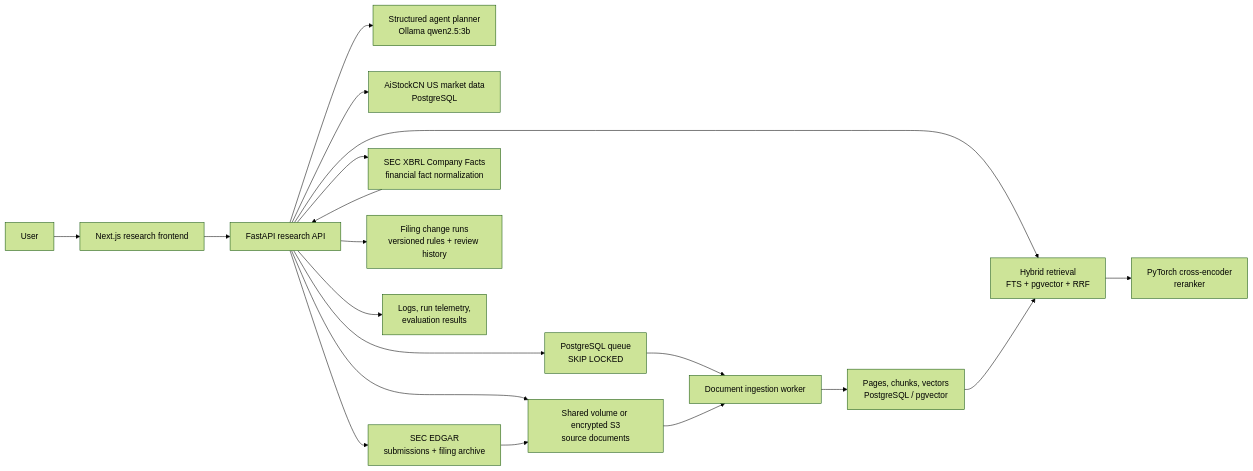
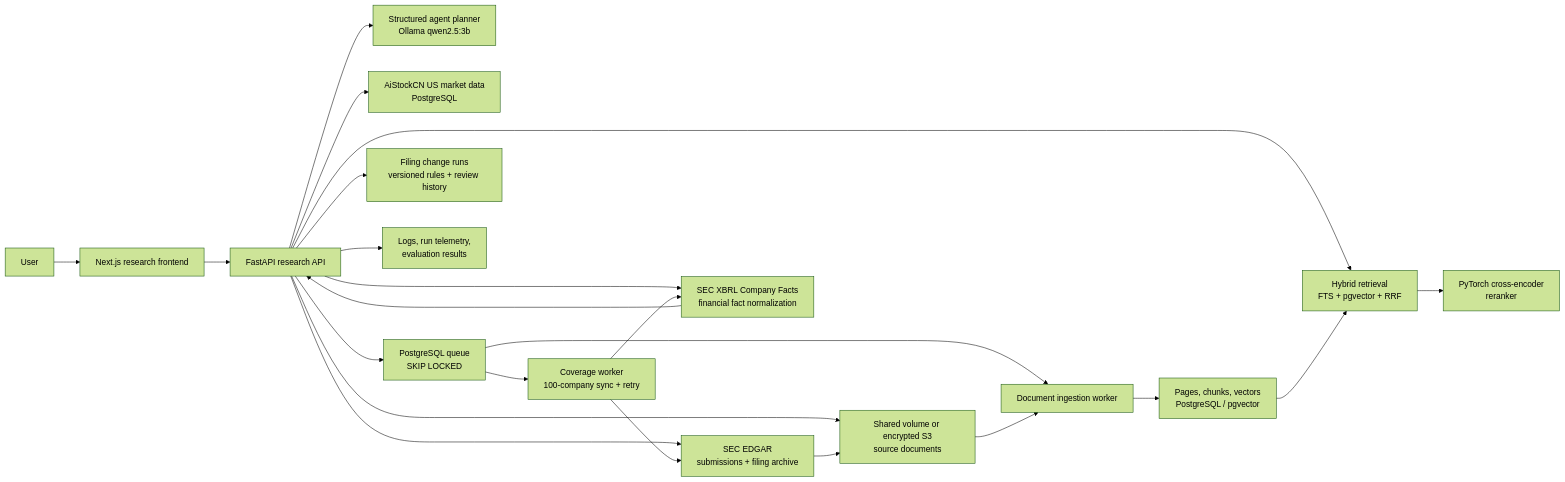
One commit to thisiscatcode/aistockcn changed the diagram in docs/RESEARCH_COPILOT.md. Above: the diagram before and after it, drawn with Mermaid (forest theme). The commit also changed other lines of this file and 14 other files, not shown here.

Commit message:
Add prioritized 100-company research coverage

````diff
--- a/docs/RESEARCH_COPILOT.md
+++ b/docs/RESEARCH_COPILOT.md
@@ -33,21 +47,24 @@
 ```mermaid
 flowchart LR
     U["User"] --> W["Next.js research frontend"]
     W --> A["FastAPI research API"]
     A --> P["Structured agent planner\nOllama qwen2.5:3b"]
     A --> D["AiStockCN US market data\nPostgreSQL"]
     A --> E["SEC EDGAR\nsubmissions + filing archive"]
     A --> X["SEC XBRL Company Facts\nfinancial fact normalization"]
     A --> H["Hybrid retrieval\nFTS + pgvector + RRF"]
     H --> R["PyTorch cross-encoder\nreranker"]
     A --> Q["PostgreSQL queue\nSKIP LOCKED"]
+    Q --> B["Coverage worker\n100-company sync + retry"]
+    B --> E
+    B --> X
     A --> C["Filing change runs\nversioned rules + review history"]
     A --> S["Shared volume or encrypted S3\nsource documents"]
     E --> S
     Q --> K["Document ingestion worker"]
     S --> K
     K --> V["Pages, chunks, vectors\nPostgreSQL / pgvector"]
     V --> H
     A --> O["Logs, run telemetry,\nevaluation results"]
     X --> A
 ```
````
